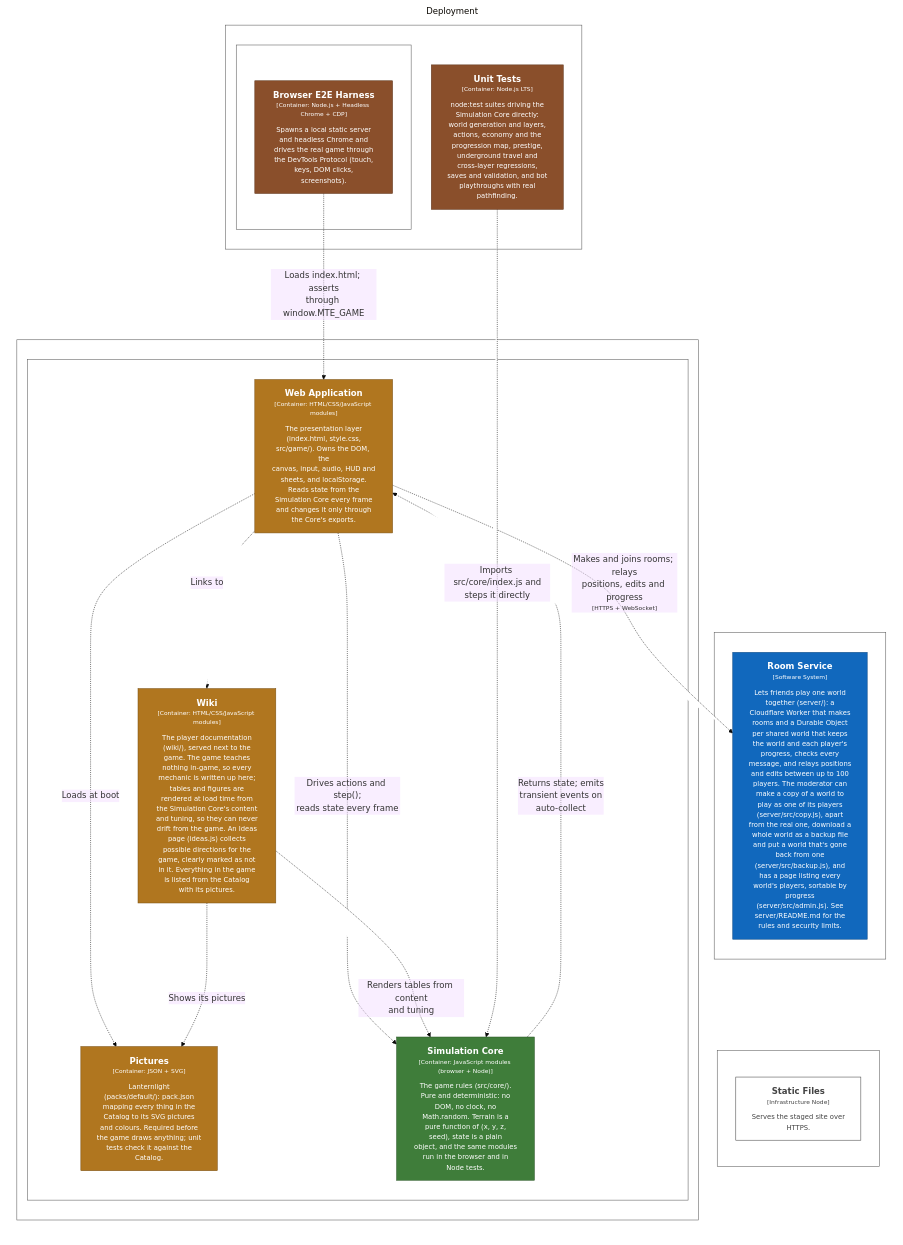
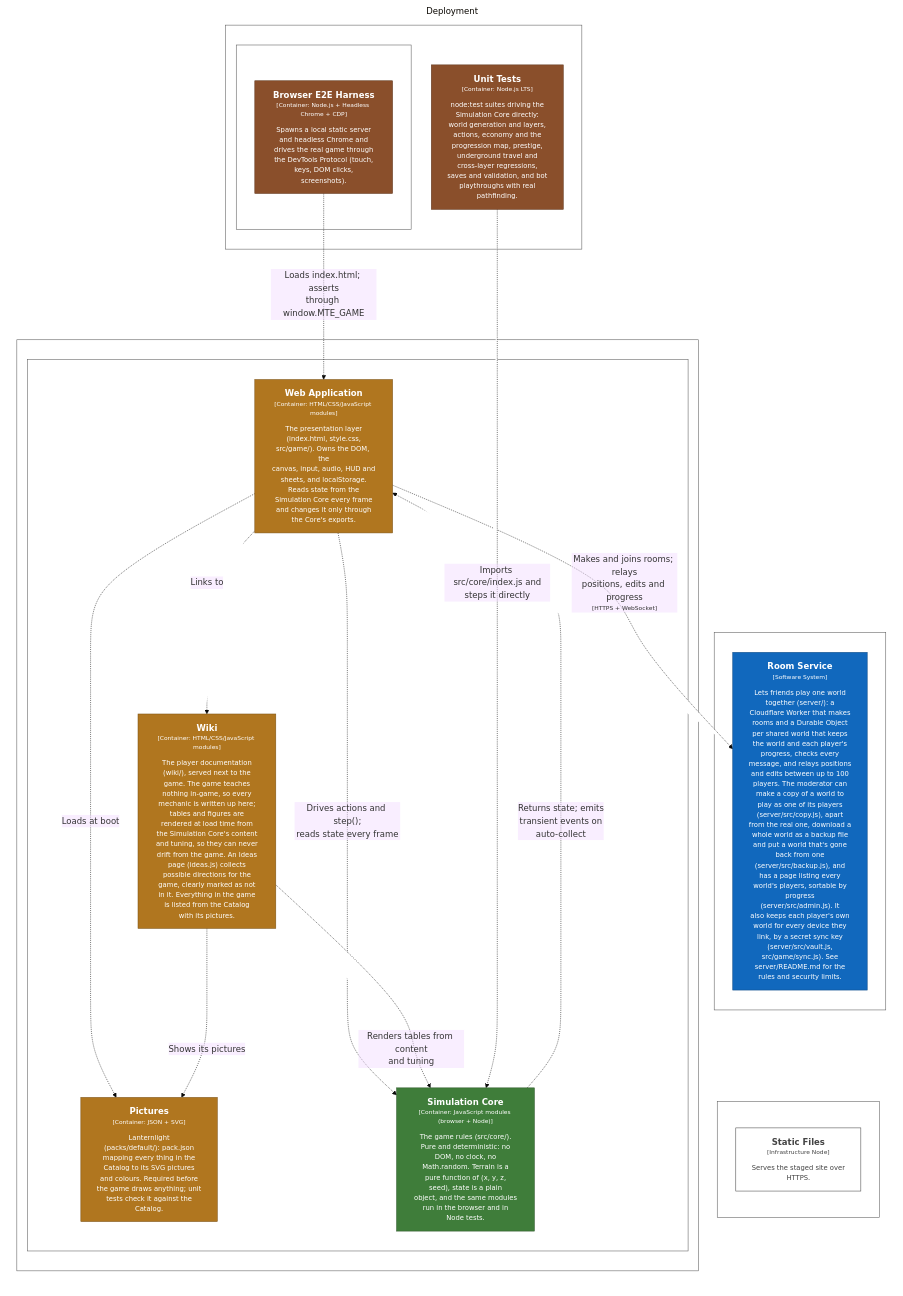
One commit to bitkojine/more-than-enough changed the diagram in structurizr/diagrams/Deployment.mmd. Above: the diagram before and after it, drawn with Mermaid (base theme). The commit also changed 26 other files, not shown here.

```diff
--- a/structurizr/diagrams/Deployment.mmd
+++ b/structurizr/diagrams/Deployment.mmd
@@ -1,64 +1,64 @@
 %% Generated from structurizr/workspace.dsl — do not edit; run: node structurizr/scripts/structurizr.mjs mermaid
 graph LR
   linkStyle default fill:#ffffff
 
   subgraph diagram ["Deployment"]
     style diagram fill:#ffffff,stroke:#ffffff
 
-    subgraph 121 ["Browser"]
-      style 121 fill:#ffffff,stroke:#575757,color:#ffffff
+    subgraph 123 ["Browser"]
+      style 123 fill:#ffffff,stroke:#575757,color:#ffffff
 
-      subgraph 122 ["Browser tab"]
-        style 122 fill:#ffffff,stroke:#575757,color:#ffffff
+      subgraph 124 ["Browser tab"]
+        style 124 fill:#ffffff,stroke:#575757,color:#ffffff
 
-        123["<div style='font-weight: bold'>Web Application</div><div style='font-size: 70%; margin-top: 0px'>[Container: HTML/CSS/JavaScript modules]</div><div style='font-size: 80%; margin-top:10px'>The presentation layer<br />(index.html, style.css,<br />src/game/). Owns the DOM, the<br />canvas, input, audio, HUD and<br />sheets, and localStorage.<br />Reads state from the<br />Simulation Core every frame<br />and changes it only through<br />the Core's exports.</div>"]
-        style 123 fill:#b0761f,stroke:#7b5215,color:#ffffff
-        124["<div style='font-weight: bold'>Wiki</div><div style='font-size: 70%; margin-top: 0px'>[Container: HTML/CSS/JavaScript modules]</div><div style='font-size: 80%; margin-top:10px'>The player documentation<br />(wiki/), served next to the<br />game. The game teaches<br />nothing in-game, so every<br />mechanic is written up here;<br />tables and figures are<br />rendered at load time from<br />the Simulation Core's content<br />and tuning, so they can never<br />drift from the game. An Ideas<br />page (ideas.js) collects<br />possible directions for the<br />game, clearly marked as not<br />in it. Everything in the game<br />is listed from the Catalog<br />with its pictures.</div>"]
-        style 124 fill:#b0761f,stroke:#7b5215,color:#ffffff
-        126["<div style='font-weight: bold'>Pictures</div><div style='font-size: 70%; margin-top: 0px'>[Container: JSON + SVG]</div><div style='font-size: 80%; margin-top:10px'>Lanternlight<br />(packs/default/): pack.json<br />mapping every thing in the<br />Catalog to its SVG pictures<br />and colours. Required before<br />the game draws anything; unit<br />tests check it against the<br />Catalog.</div>"]
+        125["<div style='font-weight: bold'>Web Application</div><div style='font-size: 70%; margin-top: 0px'>[Container: HTML/CSS/JavaScript modules]</div><div style='font-size: 80%; margin-top:10px'>The presentation layer<br />(index.html, style.css,<br />src/game/). Owns the DOM, the<br />canvas, input, audio, HUD and<br />sheets, and localStorage.<br />Reads state from the<br />Simulation Core every frame<br />and changes it only through<br />the Core's exports.</div>"]
+        style 125 fill:#b0761f,stroke:#7b5215,color:#ffffff
+        126["<div style='font-weight: bold'>Wiki</div><div style='font-size: 70%; margin-top: 0px'>[Container: HTML/CSS/JavaScript modules]</div><div style='font-size: 80%; margin-top:10px'>The player documentation<br />(wiki/), served next to the<br />game. The game teaches<br />nothing in-game, so every<br />mechanic is written up here;<br />tables and figures are<br />rendered at load time from<br />the Simulation Core's content<br />and tuning, so they can never<br />drift from the game. An Ideas<br />page (ideas.js) collects<br />possible directions for the<br />game, clearly marked as not<br />in it. Everything in the game<br />is listed from the Catalog<br />with its pictures.</div>"]
         style 126 fill:#b0761f,stroke:#7b5215,color:#ffffff
-        129["<div style='font-weight: bold'>Simulation Core</div><div style='font-size: 70%; margin-top: 0px'>[Container: JavaScript modules (browser + Node)]</div><div style='font-size: 80%; margin-top:10px'>The game rules (src/core/).<br />Pure and deterministic: no<br />DOM, no clock, no<br />Math.random. Terrain is a<br />pure function of (x, y, z,<br />seed), state is a plain<br />object, and the same modules<br />run in the browser and in<br />Node tests.</div>"]
-        style 129 fill:#3f7d3a,stroke:#2c5728,color:#ffffff
+        128["<div style='font-weight: bold'>Pictures</div><div style='font-size: 70%; margin-top: 0px'>[Container: JSON + SVG]</div><div style='font-size: 80%; margin-top:10px'>Lanternlight<br />(packs/default/): pack.json<br />mapping every thing in the<br />Catalog to its SVG pictures<br />and colours. Required before<br />the game draws anything; unit<br />tests check it against the<br />Catalog.</div>"]
+        style 128 fill:#b0761f,stroke:#7b5215,color:#ffffff
+        131["<div style='font-weight: bold'>Simulation Core</div><div style='font-size: 70%; margin-top: 0px'>[Container: JavaScript modules (browser + Node)]</div><div style='font-size: 80%; margin-top:10px'>The game rules (src/core/).<br />Pure and deterministic: no<br />DOM, no clock, no<br />Math.random. Terrain is a<br />pure function of (x, y, z,<br />seed), state is a plain<br />object, and the same modules<br />run in the browser and in<br />Node tests.</div>"]
+        style 131 fill:#3f7d3a,stroke:#2c5728,color:#ffffff
       end
 
     end
 
-    subgraph 133 ["GitHub Pages"]
-      style 133 fill:#ffffff,stroke:#575757,color:#ffffff
+    subgraph 135 ["GitHub Pages"]
+      style 135 fill:#ffffff,stroke:#575757,color:#ffffff
 
-      134["<div style='font-weight: bold'>Static Files</div><div style='font-size: 70%; margin-top: 0px'>[Infrastructure Node]</div><div style='font-size: 80%; margin-top:10px'>Serves the staged site over<br />HTTPS.</div>"]
-      style 134 fill:#ffffff,stroke:#444444,color:#444444
+      136["<div style='font-weight: bold'>Static Files</div><div style='font-size: 70%; margin-top: 0px'>[Infrastructure Node]</div><div style='font-size: 80%; margin-top:10px'>Serves the staged site over<br />HTTPS.</div>"]
+      style 136 fill:#ffffff,stroke:#444444,color:#444444
     end
 
-    subgraph 135 ["Cloudflare Workers"]
-      style 135 fill:#ffffff,stroke:#575757,color:#ffffff
+    subgraph 137 ["Cloudflare Workers"]
+      style 137 fill:#ffffff,stroke:#575757,color:#ffffff
 
-      136["<div style='font-weight: bold'>Room Service</div><div style='font-size: 70%; margin-top: 0px'>[Software System]</div><div style='font-size: 80%; margin-top:10px'>Lets friends play one world<br />together (server/): a<br />Cloudflare Worker that makes<br />rooms and a Durable Object<br />per shared world that keeps<br />the world and each player's<br />progress, checks every<br />message, and relays positions<br />and edits between up to 100<br />players. The moderator can<br />make a copy of a world to<br />play as one of its players<br />(server/src/copy.js), apart<br />from the real one, download a<br />whole world as a backup file<br />and put a world that's gone<br />back from one<br />(server/src/backup.js), and<br />has a page listing every<br />world's players, sortable by<br />progress<br />(server/src/admin.js). See<br />server/README.md for the<br />rules and security limits.</div>"]
-      style 136 fill:#1168bd,stroke:#0b4884,color:#ffffff
+      138["<div style='font-weight: bold'>Room Service</div><div style='font-size: 70%; margin-top: 0px'>[Software System]</div><div style='font-size: 80%; margin-top:10px'>Lets friends play one world<br />together (server/): a<br />Cloudflare Worker that makes<br />rooms and a Durable Object<br />per shared world that keeps<br />the world and each player's<br />progress, checks every<br />message, and relays positions<br />and edits between up to 100<br />players. The moderator can<br />make a copy of a world to<br />play as one of its players<br />(server/src/copy.js), apart<br />from the real one, download a<br />whole world as a backup file<br />and put a world that's gone<br />back from one<br />(server/src/backup.js), and<br />has a page listing every<br />world's players, sortable by<br />progress<br />(server/src/admin.js). It<br />also keeps each player's own<br />world for every device they<br />link, by a secret sync key<br />(server/src/vault.js,<br />src/game/sync.js). See<br />server/README.md for the<br />rules and security limits.</div>"]
+      style 138 fill:#1168bd,stroke:#0b4884,color:#ffffff
     end
 
-    subgraph 138 ["Node.js LTS"]
-      style 138 fill:#ffffff,stroke:#575757,color:#ffffff
+    subgraph 140 ["Node.js LTS"]
+      style 140 fill:#ffffff,stroke:#575757,color:#ffffff
 
-      139["<div style='font-weight: bold'>Unit Tests</div><div style='font-size: 70%; margin-top: 0px'>[Container: Node.js LTS]</div><div style='font-size: 80%; margin-top:10px'>node:test suites driving the<br />Simulation Core directly:<br />world generation and layers,<br />actions, economy and the<br />progression map, prestige,<br />underground travel and<br />cross-layer regressions,<br />saves and validation, and bot<br />playthroughs with real<br />pathfinding.</div>"]
-      style 139 fill:#8a4f2b,stroke:#60371e,color:#ffffff
-      subgraph 141 ["Headless Chrome"]
-        style 141 fill:#ffffff,stroke:#575757,color:#ffffff
+      141["<div style='font-weight: bold'>Unit Tests</div><div style='font-size: 70%; margin-top: 0px'>[Container: Node.js LTS]</div><div style='font-size: 80%; margin-top:10px'>node:test suites driving the<br />Simulation Core directly:<br />world generation and layers,<br />actions, economy and the<br />progression map, prestige,<br />underground travel and<br />cross-layer regressions,<br />saves and validation, and bot<br />playthroughs with real<br />pathfinding.</div>"]
+      style 141 fill:#8a4f2b,stroke:#60371e,color:#ffffff
+      subgraph 143 ["Headless Chrome"]
+        style 143 fill:#ffffff,stroke:#575757,color:#ffffff
 
-        142["<div style='font-weight: bold'>Browser E2E Harness</div><div style='font-size: 70%; margin-top: 0px'>[Container: Node.js + Headless Chrome + CDP]</div><div style='font-size: 80%; margin-top:10px'>Spawns a local static server<br />and headless Chrome and<br />drives the real game through<br />the DevTools Protocol (touch,<br />keys, DOM clicks,<br />screenshots).</div>"]
-        style 142 fill:#8a4f2b,stroke:#60371e,color:#ffffff
+        144["<div style='font-weight: bold'>Browser E2E Harness</div><div style='font-size: 70%; margin-top: 0px'>[Container: Node.js + Headless Chrome + CDP]</div><div style='font-size: 80%; margin-top:10px'>Spawns a local static server<br />and headless Chrome and<br />drives the real game through<br />the DevTools Protocol (touch,<br />keys, DOM clicks,<br />screenshots).</div>"]
+        style 144 fill:#8a4f2b,stroke:#60371e,color:#ffffff
       end
 
     end
 
-    123-. "<div>Links to</div><div style='font-size: 70%'></div>" .->124
-    123-. "<div>Loads at boot</div><div style='font-size: 70%'></div>" .->126
-    124-. "<div>Shows its pictures</div><div style='font-size: 70%'></div>" .->126
-    129-. "<div>Returns state; emits<br />transient events on<br />auto-collect</div><div style='font-size: 70%'></div>" .->123
-    123-. "<div>Drives actions and step();<br />reads state every frame</div><div style='font-size: 70%'></div>" .->129
-    124-. "<div>Renders tables from content<br />and tuning</div><div style='font-size: 70%'></div>" .->129
-    123-. "<div>Makes and joins rooms; relays<br />positions, edits and progress</div><div style='font-size: 70%'>[HTTPS + WebSocket]</div>" .->136
-    139-. "<div>Imports src/core/index.js and<br />steps it directly</div><div style='font-size: 70%'></div>" .->129
-    142-. "<div>Loads index.html; asserts<br />through window.MTE_GAME</div><div style='font-size: 70%'></div>" .->123
+    125-. "<div>Links to</div><div style='font-size: 70%'></div>" .->126
+    125-. "<div>Loads at boot</div><div style='font-size: 70%'></div>" .->128
+    126-. "<div>Shows its pictures</div><div style='font-size: 70%'></div>" .->128
+    131-. "<div>Returns state; emits<br />transient events on<br />auto-collect</div><div style='font-size: 70%'></div>" .->125
+    125-. "<div>Drives actions and step();<br />reads state every frame</div><div style='font-size: 70%'></div>" .->131
+    126-. "<div>Renders tables from content<br />and tuning</div><div style='font-size: 70%'></div>" .->131
+    125-. "<div>Makes and joins rooms; relays<br />positions, edits and progress</div><div style='font-size: 70%'>[HTTPS + WebSocket]</div>" .->138
+    141-. "<div>Imports src/core/index.js and<br />steps it directly</div><div style='font-size: 70%'></div>" .->131
+    144-. "<div>Loads index.html; asserts<br />through window.MTE_GAME</div><div style='font-size: 70%'></div>" .->125
 
   end
```
